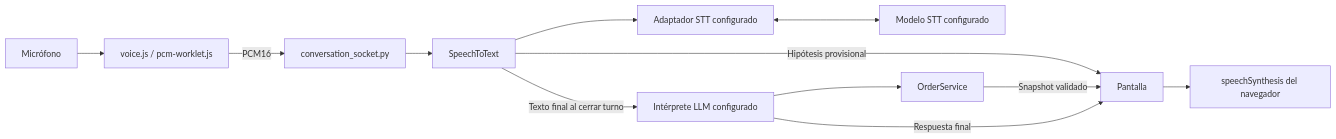
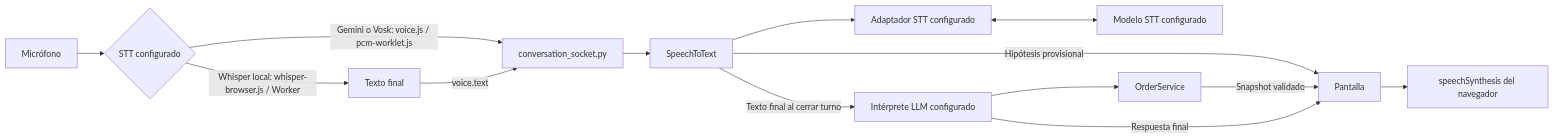
Before and after one commit to gsierra1/self_order: the diagram in docs/voz.md, drawn with Mermaid. The commit also changed other lines of this file and 16 other files, not shown here.

Commit message:
Incorpora Whisper local como alternativa de voz en navegador

````diff
--- a/docs/voz.md
+++ b/docs/voz.md
@@ -7,14 +7,16 @@
 ```mermaid
 flowchart LR
-    M[Micrófono] --> V[voice.js / pcm-worklet.js]
-    V -->|PCM16| W[conversation_socket.py]
+    M[Micrófono] --> V{STT configurado}
+    V -->|Gemini o Vosk: voice.js / pcm-worklet.js| W[conversation_socket.py]
+    V -->|Whisper local: whisper-browser.js / Worker| BT[Texto final]
+    BT -->|voice.text| W
     W --> T[SpeechToText]
     T --> GT[Adaptador STT configurado]
     GT <--> G[Modelo STT configurado]
     T -->|Hipótesis provisional| UI[Pantalla]
     T -->|Texto final al cerrar turno| O[Intérprete LLM configurado]
     O --> S[OrderService]
     S -->|Snapshot validado| UI
     O -->|Respuesta final| UI
     UI --> R[speechSynthesis del navegador]
 ```
````
